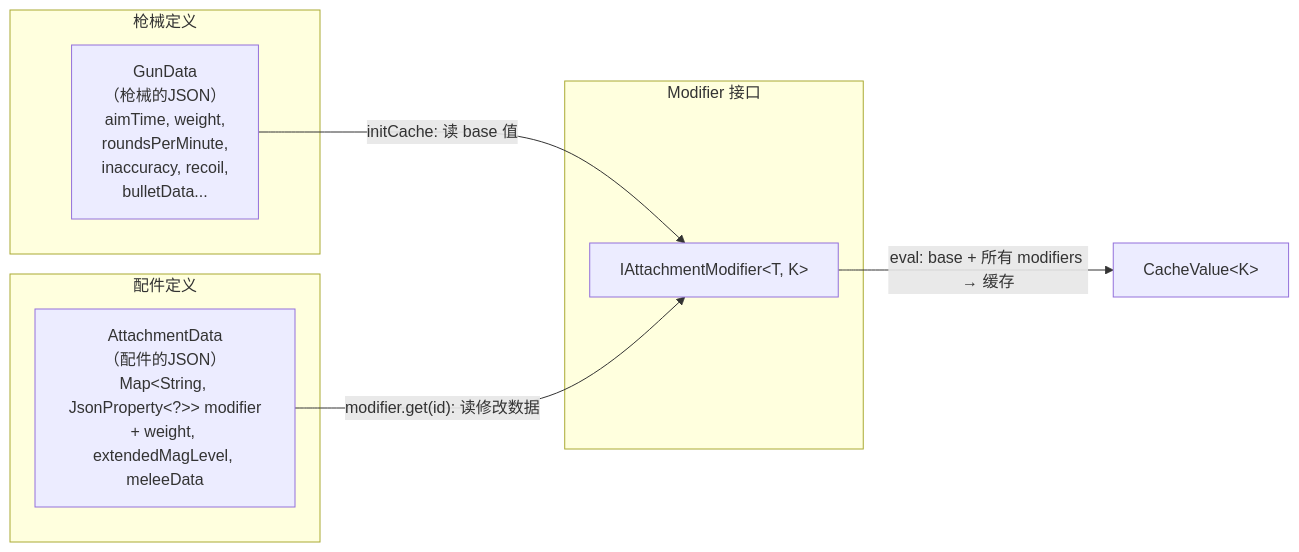
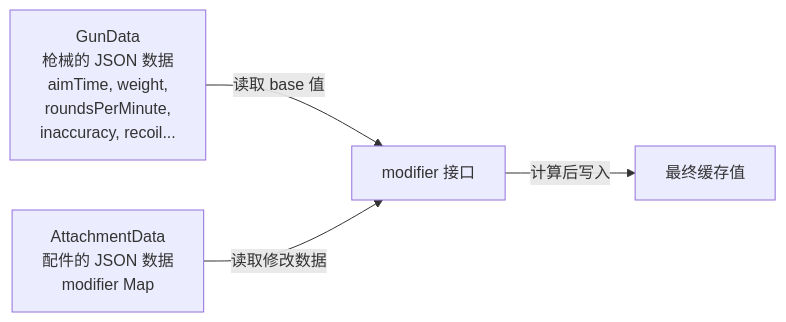
Before and after one commit to XColorful/Custom-Gun-Continued: the first of 2 diagrams in docs-tacz/architecture/resource/modifier/calculation-flow.md, drawn with Mermaid. The commit also changed other lines of this file and 11 other files, not shown here.

````diff
--- a/docs-tacz/architecture/resource/modifier/calculation-flow.md
+++ b/docs-tacz/architecture/resource/modifier/calculation-flow.md
@@ -9,18 +9,11 @@
 ```mermaid
-graph LR
-    subgraph "枪械定义"
-        GD["GunData<br/>（枪械的JSON）<br/>aimTime, weight,<br/>roundsPerMinute,<br/>inaccuracy, recoil,<br/>bulletData..."]
-    end
+flowchart LR
+    GD["GunData<br/>枪械的 JSON 数据<br/>aimTime, weight,<br/>roundsPerMinute,<br/>inaccuracy, recoil..."]
+    AD["AttachmentData<br/>配件的 JSON 数据<br/>modifier Map"]
+    MOD["modifier 接口"]
+    CACHE["最终缓存值"]
 
-    subgraph "配件定义"
-        AD["AttachmentData<br/>（配件的JSON）<br/>Map&lt;String, JsonProperty&lt;?&gt;&gt; modifier<br/>+ weight, extendedMagLevel, meleeData"]
-    end
-
-    subgraph "Modifier 接口"
-        MOD["IAttachmentModifier&lt;T, K&gt;"]
-    end
-
-    GD -->|"initCache: 读 base 值"| MOD
-    AD -->|"modifier.get(id): 读修改数据"| MOD
-    MOD -->|"eval: base + 所有 modifiers → 缓存"| CACHE["CacheValue&lt;K&gt;"]
+    GD -->|"读取 base 值"| MOD
+    AD -->|"读取修改数据"| MOD
+    MOD -->|"计算后写入"| CACHE
 ```
````
